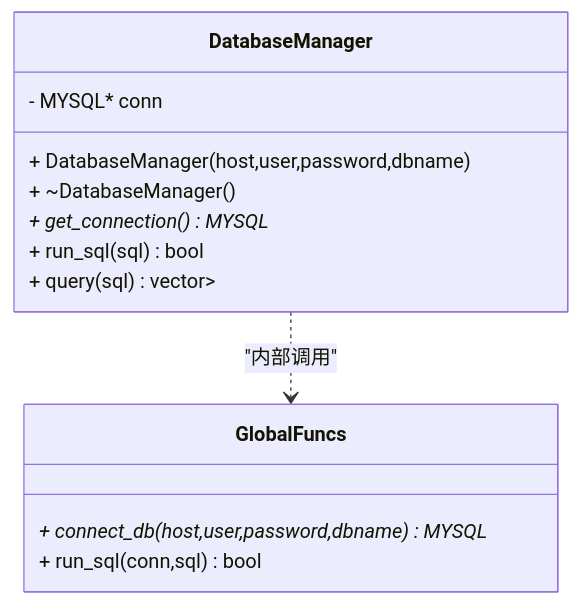
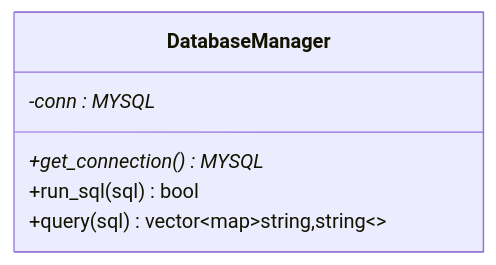
The sixth of 8 diagrams in .qoder/repowiki/zh/content/系统架构设计/系统架构设计.md (jinpeng900/OJ-Test), drawn with Mermaid before and after one commit. The commit also changed other lines of this file and 65 other files, not shown here.

````diff
--- a/.qoder/repowiki/zh/content/系统架构设计/系统架构设计.md
+++ b/.qoder/repowiki/zh/content/系统架构设计/系统架构设计.md
@@ -196,16 +278,9 @@
 ```mermaid
 classDiagram
 class DatabaseManager {
-- MYSQL* conn
-+ DatabaseManager(host,user,password,dbname)
-+ ~DatabaseManager()
-+ get_connection() MYSQL*
-+ run_sql(sql) bool
-+ query(sql) vector<map<string,string>>
++get_connection() MYSQL*
++run_sql(sql) bool
++query(sql) vector~map~string,string~~
+-conn : MYSQL*
 }
-class GlobalFuncs {
-+ connect_db(host,user,password,dbname) MYSQL*
-+ run_sql(conn,sql) bool
-}
-DatabaseManager ..> GlobalFuncs : "内部调用"
 ```
````
